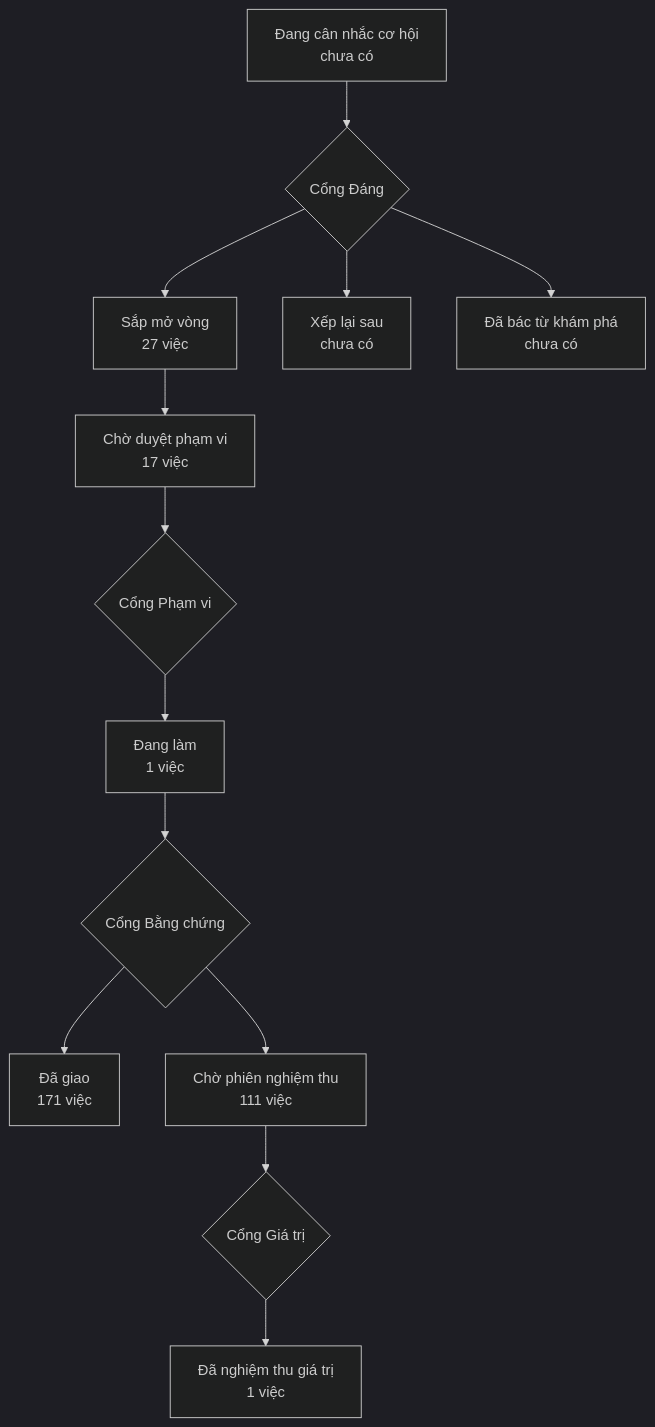
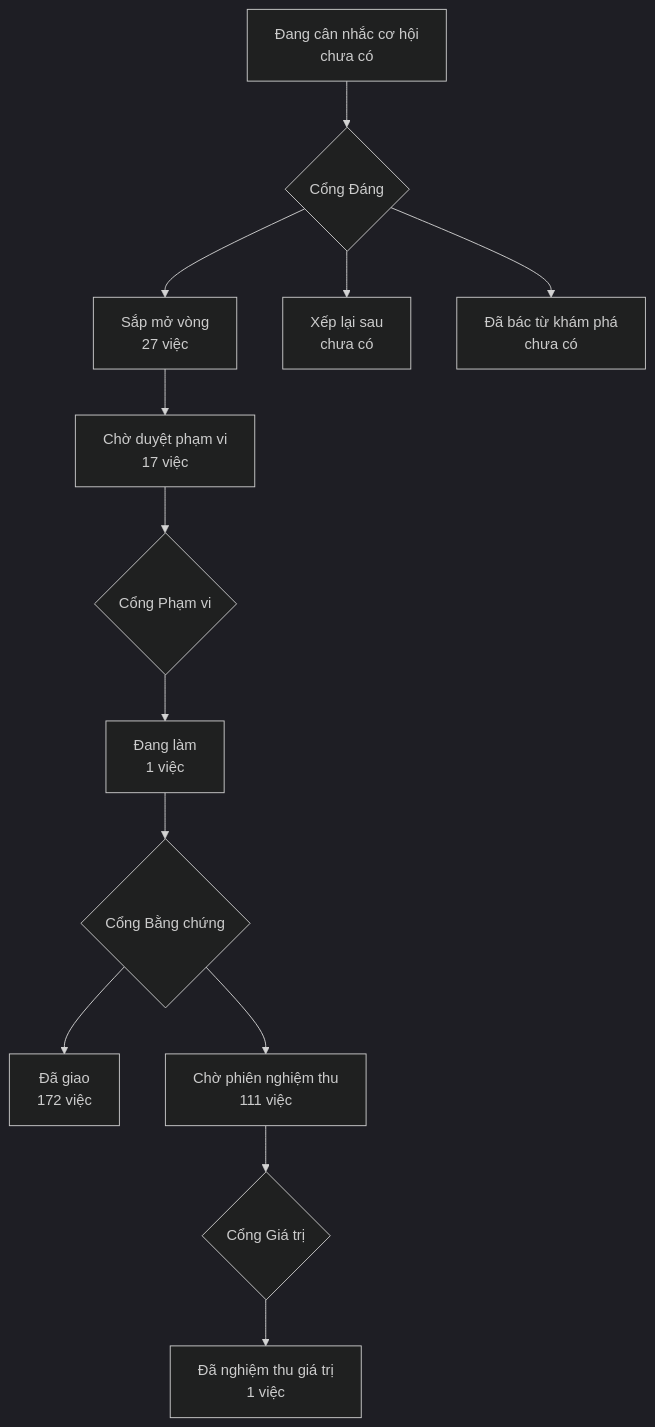
One commit to phanlemanh/onehub-invest changed the diagram in PRODUCT-MAP.md. Above: the diagram before and after it, drawn with Mermaid (dark theme). The commit also changed other lines of this file and 5 other files, not shown here.

````diff
--- a/PRODUCT-MAP.md
+++ b/PRODUCT-MAP.md
@@ -7,12 +7,12 @@
 ```mermaid
 flowchart TD
   A["Đang cân nhắc cơ hội<br/>chưa có"] --> GD{"Cổng Đáng"}
   GD --> B["Sắp mở vòng<br/>27 việc"]
   GD --> XL["Xếp lại sau<br/>chưa có"]
   GD --> DB["Đã bác từ khám phá<br/>chưa có"]
   B --> CD["Chờ duyệt phạm vi<br/>17 việc"] --> GP{"Cổng Phạm vi"}
   GP --> DL["Đang làm<br/>1 việc"] --> GB{"Cổng Bằng chứng"}
-  GB --> DG["Đã giao<br/>171 việc"]
+  GB --> DG["Đã giao<br/>172 việc"]
   GB --> CN["Chờ phiên nghiệm thu<br/>111 việc"] --> GG{"Cổng Giá trị"}
   GG --> NT["Đã nghiệm thu giá trị<br/>1 việc"]
 ```
````
